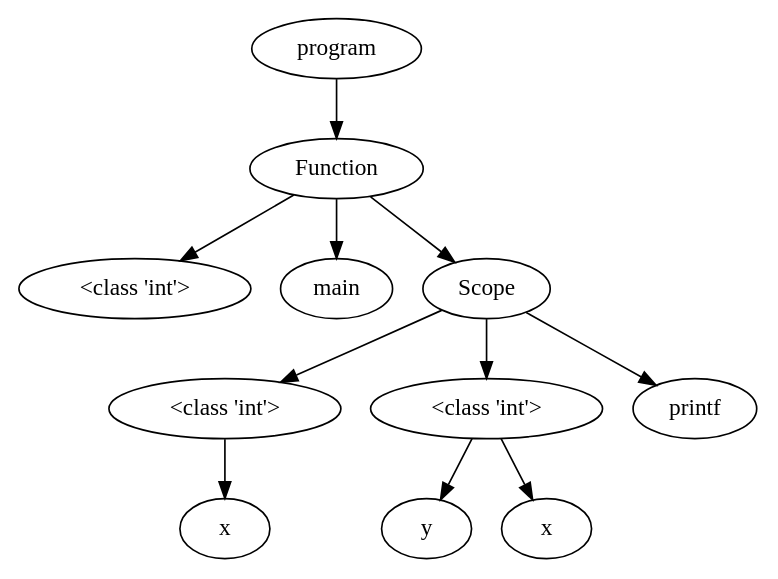
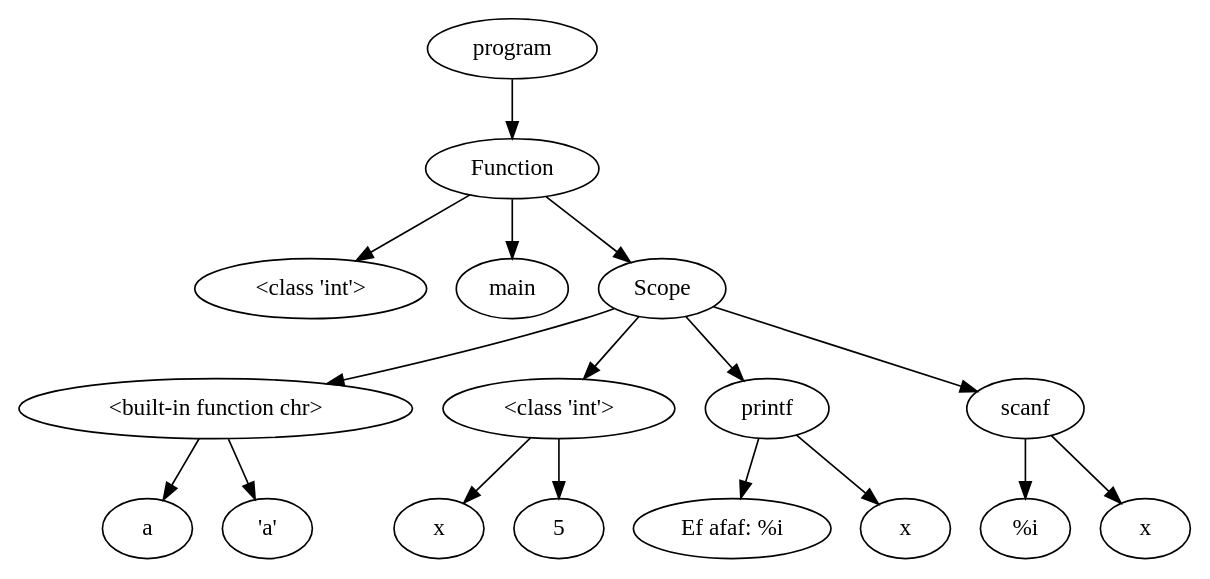
The diagram in OutputFiles/dotVisualization.dot (NielsVandenBroeck/COMP_Compiler), drawn with Graphviz before and after one commit. The commit also changed 6 other files, not shown here.

Commit message:
scanf + printf in AST TRee

```diff
--- a/OutputFiles/dotVisualization.dot
+++ b/OutputFiles/dotVisualization.dot
@@ -1,27 +1,41 @@
 digraph G { 
-"<AST.AST object at 0x000001EAA2BF7FA0> (0)"[label="program"]
-"<AST.ASTFunction object at 0x000001EAA2BF7CD0> (1)"[label="Function"]
-"<AST.AST object at 0x000001EAA2BF7FA0> (0)"->"<AST.ASTFunction object at 0x000001EAA2BF7CD0> (1)"
-"<AST.ASTFunction object at 0x000001EAA2BF7CD0> (1)"[label="Function"]
-"<AST.ASTDataType object at 0x000001EAA2BF78E0> (2)"[label="<class 'int'>"]
-"<AST.ASTFunction object at 0x000001EAA2BF7CD0> (1)"->"<AST.ASTDataType object at 0x000001EAA2BF78E0> (2)"
-"<AST.ASTFunctionName object at 0x000001EAA2BF7DF0> (2)"[label="main"]
-"<AST.ASTFunction object at 0x000001EAA2BF7CD0> (1)"->"<AST.ASTFunctionName object at 0x000001EAA2BF7DF0> (2)"
-"<AST.ASTScope object at 0x000001EAA2BF7B50> (2)"[label="Scope"]
-"<AST.ASTFunction object at 0x000001EAA2BF7CD0> (1)"->"<AST.ASTScope object at 0x000001EAA2BF7B50> (2)"
-"<AST.ASTScope object at 0x000001EAA2BF7B50> (2)"[label="Scope"]
-"<AST.ASTDataType object at 0x000001EAA2BF7DC0> (3)"[label="<class 'int'>"]
-"<AST.ASTScope object at 0x000001EAA2BF7B50> (2)"->"<AST.ASTDataType object at 0x000001EAA2BF7DC0> (3)"
-"<AST.ASTDataType object at 0x000001EAA2BF7DC0> (3)"[label="<class 'int'>"]
-"<AST.ASTVariable object at 0x000001EAA2BF7E50> (4)"[label="x"]
-"<AST.ASTDataType object at 0x000001EAA2BF7DC0> (3)"->"<AST.ASTVariable object at 0x000001EAA2BF7E50> (4)"
-"<AST.ASTDataType object at 0x000001EAA2BF78B0> (3)"[label="<class 'int'>"]
-"<AST.ASTScope object at 0x000001EAA2BF7B50> (2)"->"<AST.ASTDataType object at 0x000001EAA2BF78B0> (3)"
-"<AST.ASTDataType object at 0x000001EAA2BF78B0> (3)"[label="<class 'int'>"]
-"<AST.ASTVariable object at 0x000001EAA2BF7B80> (4)"[label="y"]
-"<AST.ASTDataType object at 0x000001EAA2BF78B0> (3)"->"<AST.ASTVariable object at 0x000001EAA2BF7B80> (4)"
-"<AST.ASTVariable object at 0x000001EAA2BF7D30> (4)"[label="x"]
-"<AST.ASTDataType object at 0x000001EAA2BF78B0> (3)"->"<AST.ASTVariable object at 0x000001EAA2BF7D30> (4)"
-"<AST.ASTPrintf object at 0x000001EAA2BF7AF0> (3)"[label="printf"]
-"<AST.ASTScope object at 0x000001EAA2BF7B50> (2)"->"<AST.ASTPrintf object at 0x000001EAA2BF7AF0> (3)"
+"<AST.AST object at 0x000001CC794469D0> (0)"[label="program"]
+"<AST.ASTFunction object at 0x000001CC794466A0> (1)"[label="Function"]
+"<AST.AST object at 0x000001CC794469D0> (0)"->"<AST.ASTFunction object at 0x000001CC794466A0> (1)"
+"<AST.ASTFunction object at 0x000001CC794466A0> (1)"[label="Function"]
+"<AST.ASTDataType object at 0x000001CC79446220> (2)"[label="<class 'int'>"]
+"<AST.ASTFunction object at 0x000001CC794466A0> (1)"->"<AST.ASTDataType object at 0x000001CC79446220> (2)"
+"<AST.ASTFunctionName object at 0x000001CC79446A30> (2)"[label="main"]
+"<AST.ASTFunction object at 0x000001CC794466A0> (1)"->"<AST.ASTFunctionName object at 0x000001CC79446A30> (2)"
+"<AST.ASTScope object at 0x000001CC79446E80> (2)"[label="Scope"]
+"<AST.ASTFunction object at 0x000001CC794466A0> (1)"->"<AST.ASTScope object at 0x000001CC79446E80> (2)"
+"<AST.ASTScope object at 0x000001CC79446E80> (2)"[label="Scope"]
+"<AST.ASTDataType object at 0x000001CC79446970> (3)"[label="<built-in function chr>"]
+"<AST.ASTScope object at 0x000001CC79446E80> (2)"->"<AST.ASTDataType object at 0x000001CC79446970> (3)"
+"<AST.ASTDataType object at 0x000001CC79446970> (3)"[label="<built-in function chr>"]
+"<AST.ASTVariable object at 0x000001CC79446AF0> (4)"[label="a"]
+"<AST.ASTDataType object at 0x000001CC79446970> (3)"->"<AST.ASTVariable object at 0x000001CC79446AF0> (4)"
+"<AST.ASTChar object at 0x000001CC79446640> (4)"[label="'a'"]
+"<AST.ASTDataType object at 0x000001CC79446970> (3)"->"<AST.ASTChar object at 0x000001CC79446640> (4)"
+"<AST.ASTDataType object at 0x000001CC79446AC0> (3)"[label="<class 'int'>"]
+"<AST.ASTScope object at 0x000001CC79446E80> (2)"->"<AST.ASTDataType object at 0x000001CC79446AC0> (3)"
+"<AST.ASTDataType object at 0x000001CC79446AC0> (3)"[label="<class 'int'>"]
+"<AST.ASTVariable object at 0x000001CC79446A90> (4)"[label="x"]
+"<AST.ASTDataType object at 0x000001CC79446AC0> (3)"->"<AST.ASTVariable object at 0x000001CC79446A90> (4)"
+"<AST.ASTInt object at 0x000001CC79446BB0> (4)"[label="5"]
+"<AST.ASTDataType object at 0x000001CC79446AC0> (3)"->"<AST.ASTInt object at 0x000001CC79446BB0> (4)"
+"<AST.ASTPrintf object at 0x000001CC79446B80> (3)"[label="printf"]
+"<AST.ASTScope object at 0x000001CC79446E80> (2)"->"<AST.ASTPrintf object at 0x000001CC79446B80> (3)"
+"<AST.ASTPrintf object at 0x000001CC79446B80> (3)"[label="printf"]
+"<AST.ASTText object at 0x000001CC794469A0> (4)"[label="Ef afaf: %i"]
+"<AST.ASTPrintf object at 0x000001CC79446B80> (3)"->"<AST.ASTText object at 0x000001CC794469A0> (4)"
+"<AST.ASTVariable object at 0x000001CC79446C10> (4)"[label="x"]
+"<AST.ASTPrintf object at 0x000001CC79446B80> (3)"->"<AST.ASTVariable object at 0x000001CC79446C10> (4)"
+"<AST.ASTPrintf object at 0x000001CC79446D90> (3)"[label="scanf"]
+"<AST.ASTScope object at 0x000001CC79446E80> (2)"->"<AST.ASTPrintf object at 0x000001CC79446D90> (3)"
+"<AST.ASTPrintf object at 0x000001CC79446D90> (3)"[label="scanf"]
+"<AST.ASTText object at 0x000001CC79446D60> (4)"[label="%i"]
+"<AST.ASTPrintf object at 0x000001CC79446D90> (3)"->"<AST.ASTText object at 0x000001CC79446D60> (4)"
+"<AST.ASTVariable object at 0x000001CC79446C40> (4)"[label="x"]
+"<AST.ASTPrintf object at 0x000001CC79446D90> (3)"->"<AST.ASTVariable object at 0x000001CC79446C40> (4)"
 }
```
